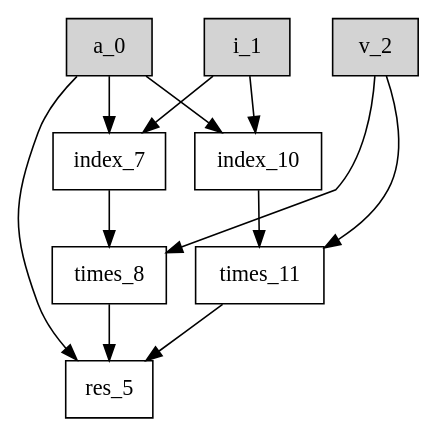
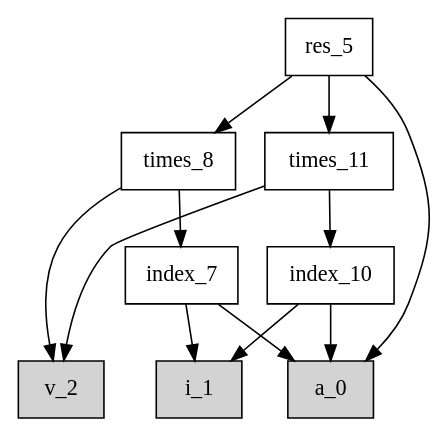
The diagram in tex/img/rebinder-ddg.dot (Athas/thesis), drawn with Graphviz before and after one commit. The commit also changed 15 other files, not shown here.

```diff
--- a/tex/img/rebinder-ddg.dot
+++ b/tex/img/rebinder-ddg.dot
@@ -1,18 +1,18 @@
 digraph finite_state_machine {
-	rankdir=TD;
+	rankdir=DT;
         fontname="Courier"
 	node [shape = rectangle, bgcolor="red", style=filled]; a_0 i_1 v_2;
 	node [shape = rectangle, fillcolor=white];
         {rank=same; a_0 i_1 v_2}
-        a_0 -> index_10
-        i_1 -> index_10
-        index_10 -> times_11
-        v_2 -> times_11
-        a_0 -> index_7
-        i_1 -> index_7
-        index_7 -> times_8
-        v_2 -> times_8
-        a_0 -> res_5
-        times_8 -> res_5
-        times_11 -> res_5
+        index_10 -> a_0
+        index_10 -> i_1
+        times_11 -> index_10
+        times_11 -> v_2
+        index_7 -> a_0
+        index_7 -> i_1
+        times_8 -> index_7
+        times_8 -> v_2
+        res_5 -> a_0
+        res_5 -> times_8
+        res_5 -> times_11
 }
```
